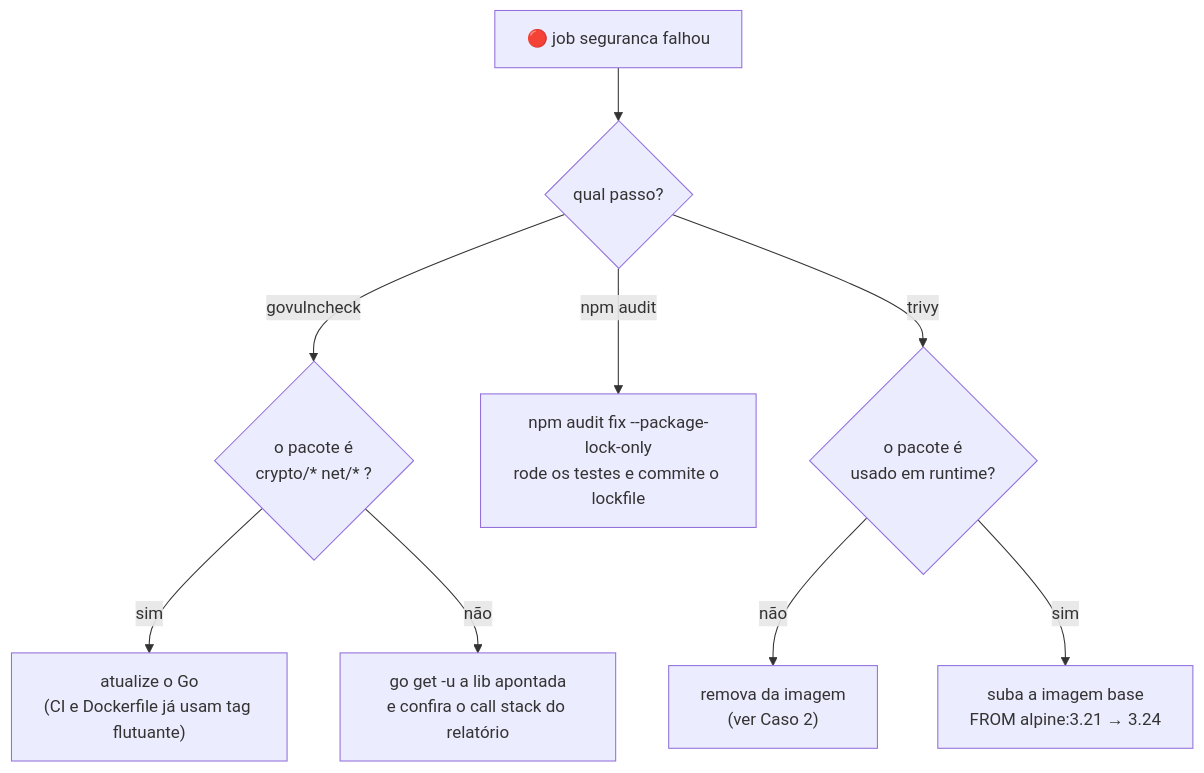
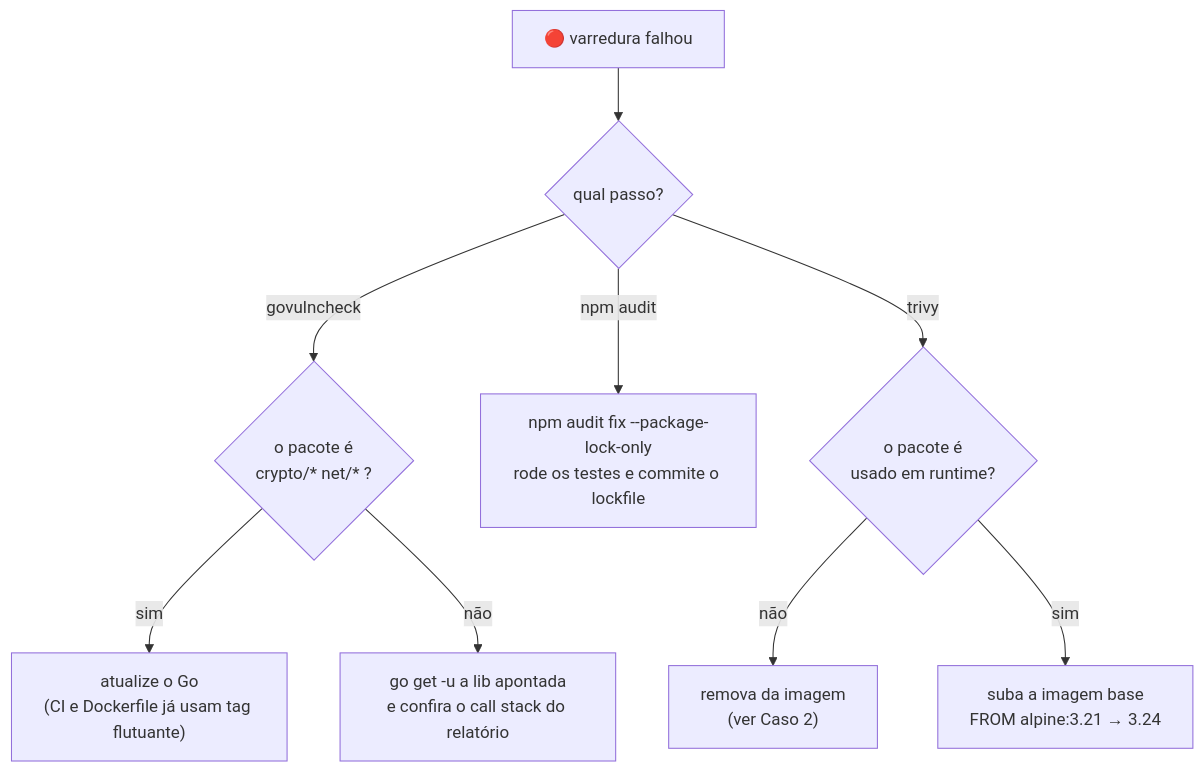
The second of 2 diagrams in docs/entrega-continua.md (caetasousa/agendaGo), drawn with Mermaid before and after one commit. The commit also changed other lines of this file and 3 other files, not shown here.

````diff
--- a/docs/entrega-continua.md
+++ b/docs/entrega-continua.md
@@ -267,14 +348,14 @@
 ```mermaid
 flowchart TD
-    A["🔴 job seguranca falhou"] --> B{"qual passo?"}
+    A["🔴 varredura falhou"] --> B{"qual passo?"}
 
     B -->|govulncheck| C{"o pacote é<br/>crypto/* net/* ?"}
     C -->|sim| D["atualize o Go<br/>(CI e Dockerfile já usam tag flutuante)"]
     C -->|não| E["go get -u a lib apontada<br/>e confira o call stack do relatório"]
 
     B -->|npm audit| F["npm audit fix --package-lock-only<br/>rode os testes e commite o lockfile"]
 
     B -->|trivy| G{"o pacote é<br/>usado em runtime?"}
     G -->|não| H["remova da imagem<br/>(ver Caso 2)"]
     G -->|sim| I["suba a imagem base<br/>FROM alpine:3.21 → 3.24"]
 ```
````
